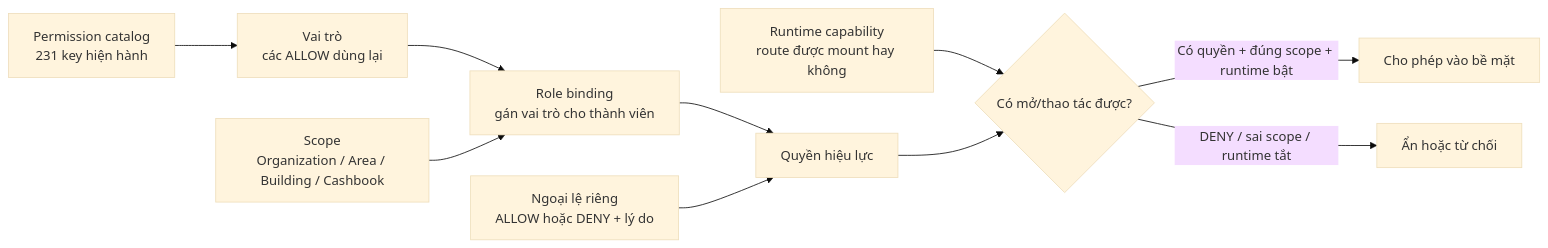
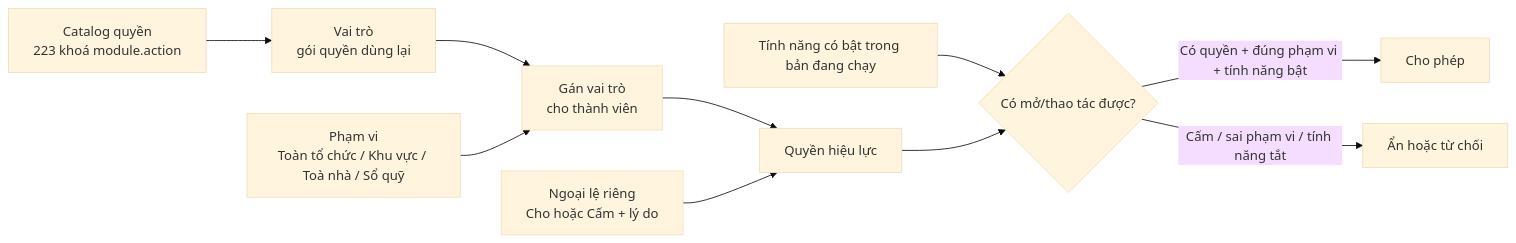
The diagram in docs/huong-dan-su-dung/05-cai-dat/phan-quyen/index.md (zxGreenxz/whiteboard-ihomecrm), drawn with Mermaid (base theme) before and after one commit. The commit also changed other lines of this file and 347 other files, not shown here.

````diff
--- a/docs/huong-dan-su-dung/05-cai-dat/phan-quyen/index.md
+++ b/docs/huong-dan-su-dung/05-cai-dat/phan-quyen/index.md
@@ -49,12 +69,12 @@
 ```mermaid
 flowchart LR
-    A["Permission catalog<br/>231 key hiện hành"] --> B["Vai trò<br/>các ALLOW dùng lại"]
-    B --> C["Role binding<br/>gán vai trò cho thành viên"]
-    S["Scope<br/>Organization / Area / Building / Cashbook"] --> C
+    A["Catalog quyền<br/>223 khoá module.action"] --> B["Vai trò<br/>gói quyền dùng lại"]
+    B --> C["Gán vai trò<br/>cho thành viên"]
+    S["Phạm vi<br/>Toàn tổ chức / Khu vực / Toà nhà / Sổ quỹ"] --> C
     C --> E["Quyền hiệu lực"]
-    O["Ngoại lệ riêng<br/>ALLOW hoặc DENY + lý do"] --> E
-    R["Runtime capability<br/>route được mount hay không"] --> G{"Có mở/thao tác được?"}
+    O["Ngoại lệ riêng<br/>Cho hoặc Cấm + lý do"] --> E
+    R["Tính năng có bật trong bản đang chạy"] --> G{"Có mở/thao tác được?"}
     E --> G
-    G -->|"Có quyền + đúng scope + runtime bật"| Y["Cho phép vào bề mặt"]
-    G -->|"DENY / sai scope / runtime tắt"| N["Ẩn hoặc từ chối"]
+    G -->|"Có quyền + đúng phạm vi + tính năng bật"| Y["Cho phép"]
+    G -->|"Cấm / sai phạm vi / tính năng tắt"| N["Ẩn hoặc từ chối"]
 ```
````
